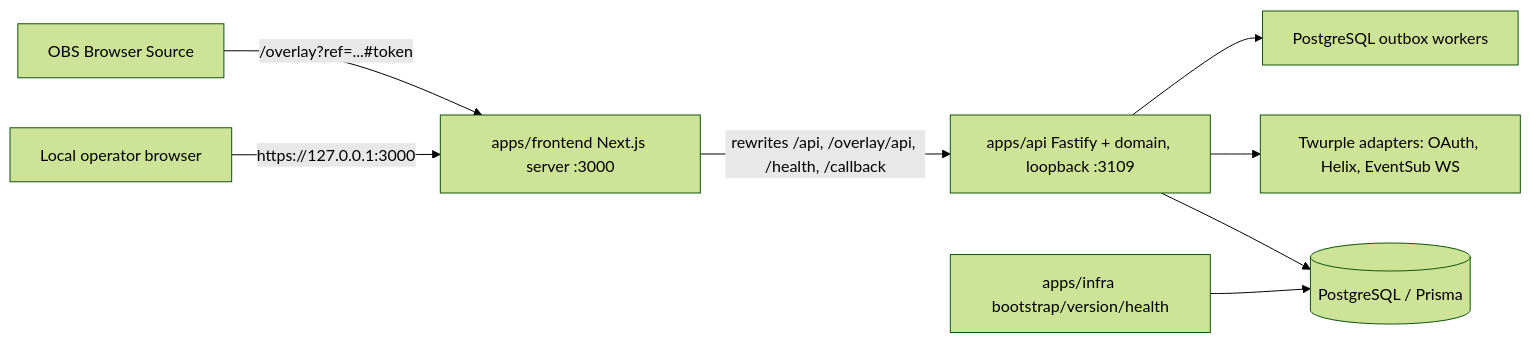
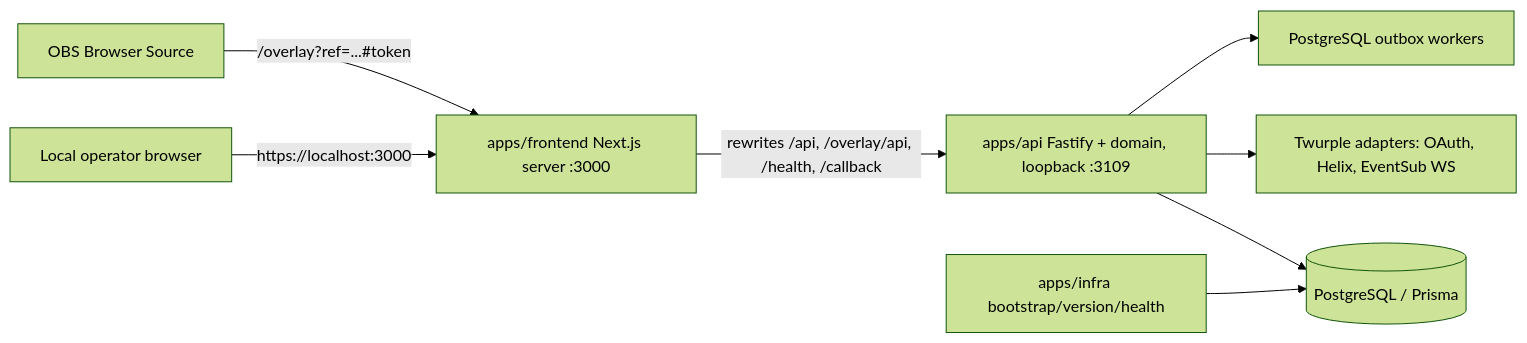
The diagram in docs/fullstack-architecture.md (gustavo8000br/subarushogun_gi_twich_bot), drawn with Mermaid (forest theme) before and after one commit. The commit also changed 18 other files, not shown here.

First line of the commit message:
docs(ops): runbooks, ledger, handoff, research notes and architecture for the OPS-15 base [OPS-15]

````diff
--- a/docs/fullstack-architecture.md
+++ b/docs/fullstack-architecture.md
@@ -11,10 +11,10 @@
 ```mermaid
 flowchart LR
-  Browser[Local operator browser] -->|https://127.0.0.1:3000| Next[apps/frontend Next.js server :3000]
+  Browser[Local operator browser] -->|https://localhost:3000| Next[apps/frontend Next.js server :3000]
   OBS[OBS Browser Source] -->|/overlay?ref=...#token| Next
   Next -->|rewrites /api, /overlay/api, /health, /callback| API[apps/api Fastify + domain, loopback :3109]
   API --> DB[(PostgreSQL / Prisma)]
   API --> Twitch[Twurple adapters: OAuth, Helix, EventSub WS]
   API --> Outbox[PostgreSQL outbox workers]
   Infra[apps/infra bootstrap/version/health] --> DB
 ```
````
